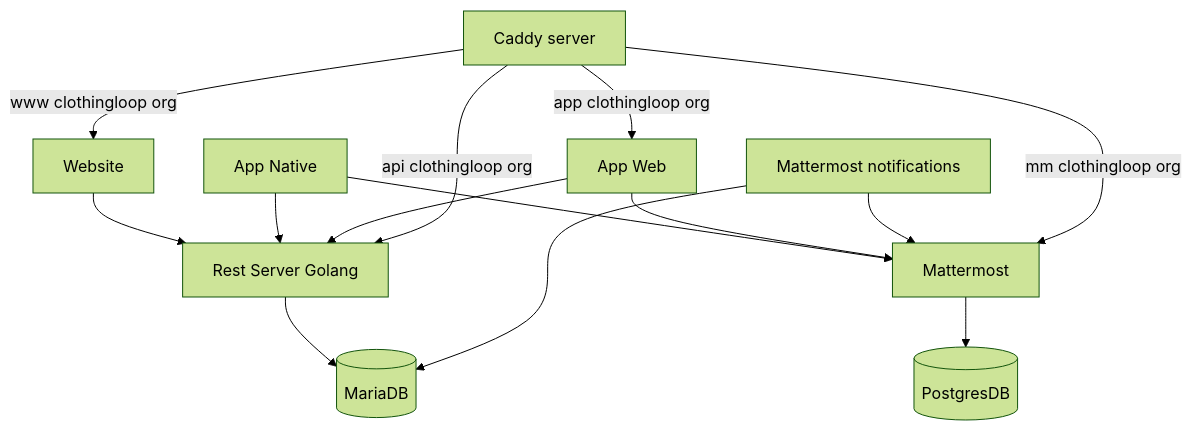
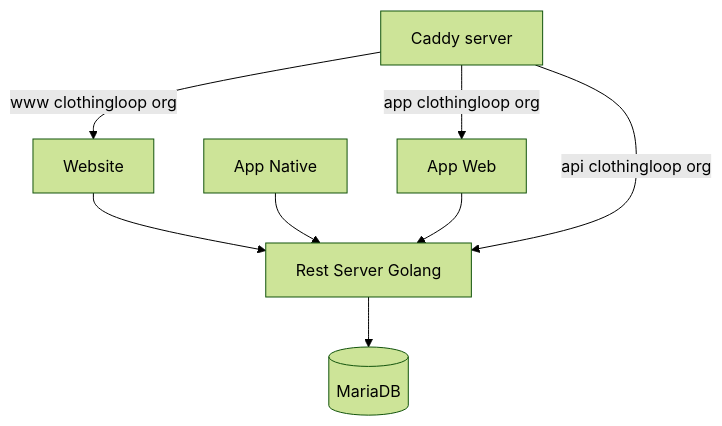
One commit to the-clothing-loop/website changed the diagram in server/docs/structure.md. Above: the diagram before and after it, drawn with Mermaid (forest theme). The commit also changed 22 other files, not shown here.

````diff
--- a/server/docs/structure.md
+++ b/server/docs/structure.md
@@ -3,30 +3,19 @@
 ```mermaid
 flowchart TD
 
 db1[(MariaDB)]
 caddy["Caddy server"]
 server["Rest Server Golang"]
 app["App Native"]
 appw["App Web"]
 web["Website"]
 
-db2[(PostgresDB)]
-mm["Mattermost"]
-mmmail["Mattermost notifications"]
-
 server --> db1
 web --> server
 app -->server
 appw -->server
 
-app --> mm
-appw --> mm
-mm --> db2
-mmmail --> mm
-mmmail --> db1
-
 caddy --> |app clothingloop org| appw
 caddy --> |api clothingloop org| server
 caddy --> |www clothingloop org| web
-caddy --> |mm clothingloop org| mm
 ```
````
